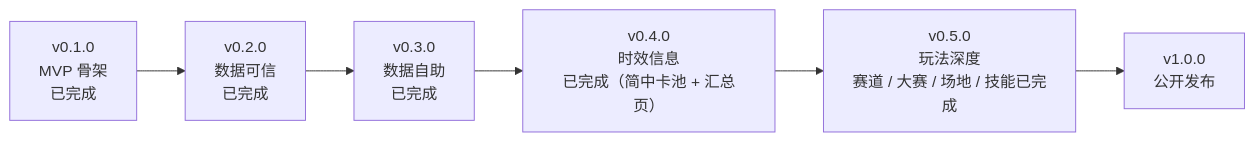
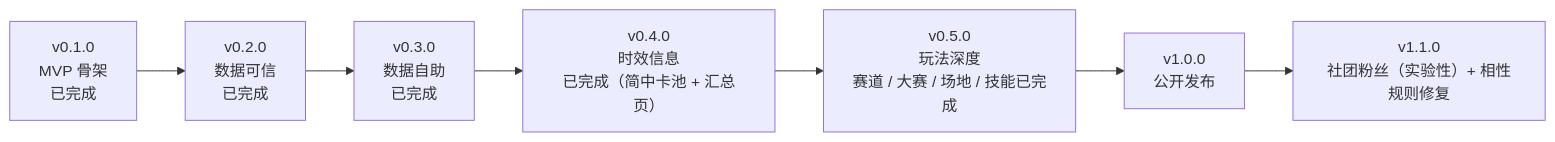
The diagram in ROADMAP.md (WeederRobert/uma-assistant), drawn with Mermaid before and after one commit. The commit also changed other lines of this file and 6 other files, not shown here.

````diff
--- a/ROADMAP.md
+++ b/ROADMAP.md
@@ -78,11 +78,12 @@
 ```mermaid
 flowchart LR
     V1["v0.1.0<br/>MVP 骨架<br/>已完成"]
     V2["v0.2.0<br/>数据可信<br/>已完成"]
     V3["v0.3.0<br/>数据自助<br/>已完成"]
     V4["v0.4.0<br/>时效信息<br/>已完成（简中卡池 + 汇总页）"]
     V5["v0.5.0<br/>玩法深度<br/>赛道 / 大赛 / 场地 / 技能已完成"]
     V6["v1.0.0<br/>公开发布"]
+    V7["v1.1.0<br/>社团粉丝（实验性）+ 相性规则修复"]
 
-    V1 --> V2 --> V3 --> V4 --> V5 --> V6
+    V1 --> V2 --> V3 --> V4 --> V5 --> V6 --> V7
 ```
````
